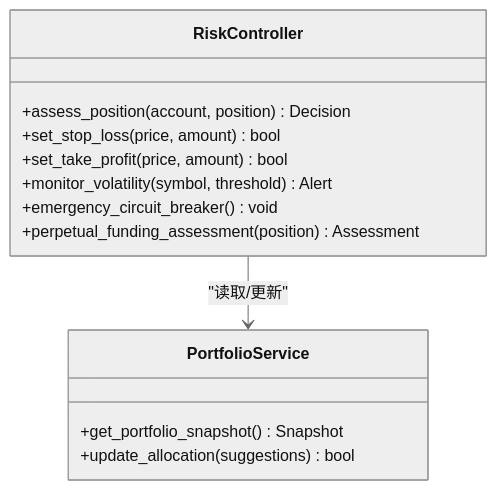
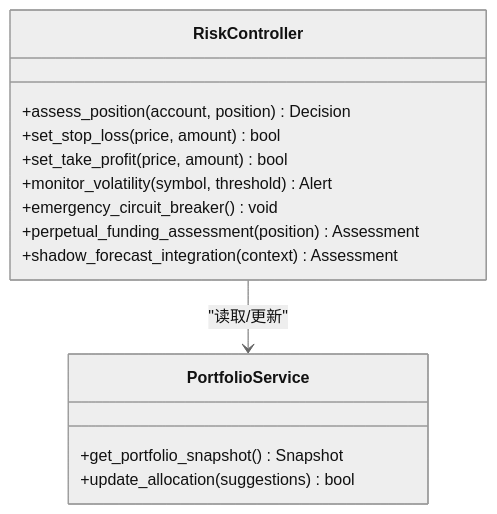
Before and after one commit to anYaoooo/daily_stock_analysis: diagram 12 of 14 in .qoder/repowiki/zh/content/API参考文档/加密货币交易API.md, drawn with Mermaid (neutral theme). The commit also changed other lines of this file and 16 other files, not shown here.

````diff
--- a/.qoder/repowiki/zh/content/API参考文档/加密货币交易API.md
+++ b/.qoder/repowiki/zh/content/API参考文档/加密货币交易API.md
@@ -395,16 +492,17 @@
 ```mermaid
 classDiagram
 class RiskController {
 +assess_position(account, position) Decision
 +set_stop_loss(price, amount) bool
 +set_take_profit(price, amount) bool
 +monitor_volatility(symbol, threshold) Alert
 +emergency_circuit_breaker() void
 +perpetual_funding_assessment(position) Assessment
++shadow_forecast_integration(context) Assessment
 }
 class PortfolioService {
 +get_portfolio_snapshot() Snapshot
 +update_allocation(suggestions) bool
 }
 RiskController --> PortfolioService : "读取/更新"
 ```
````
